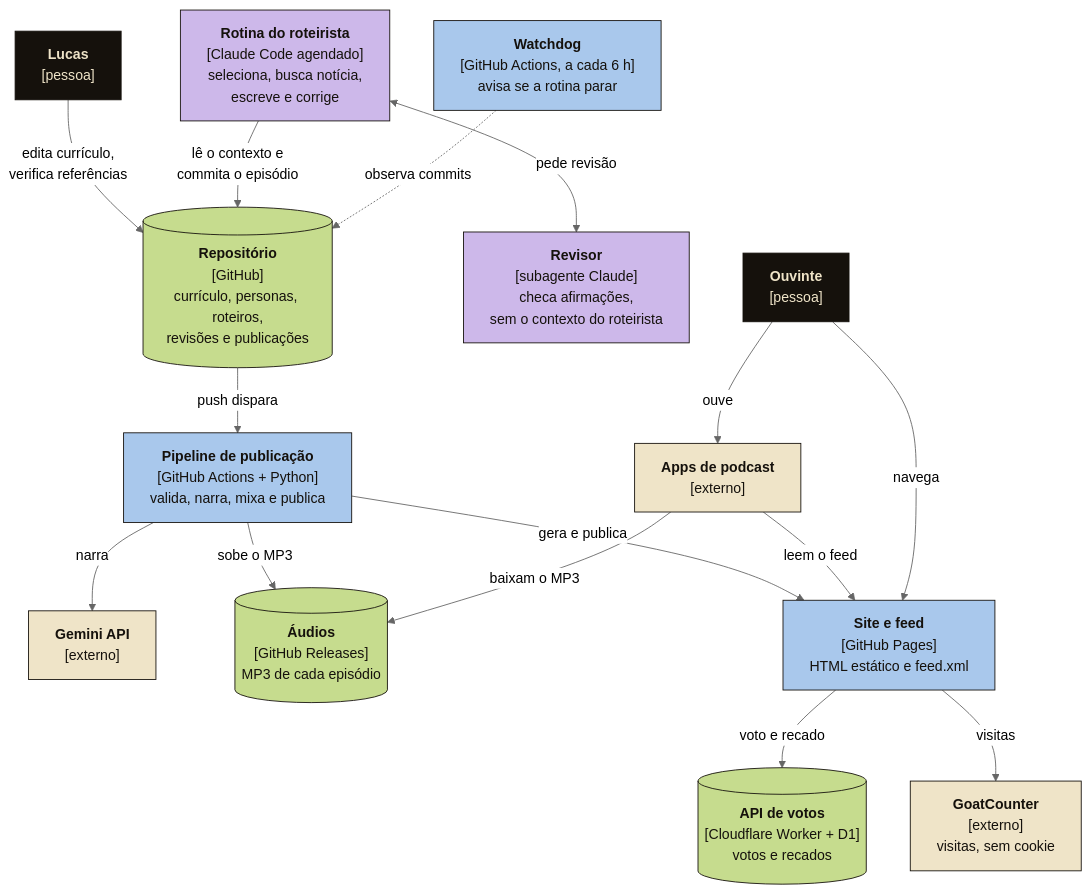
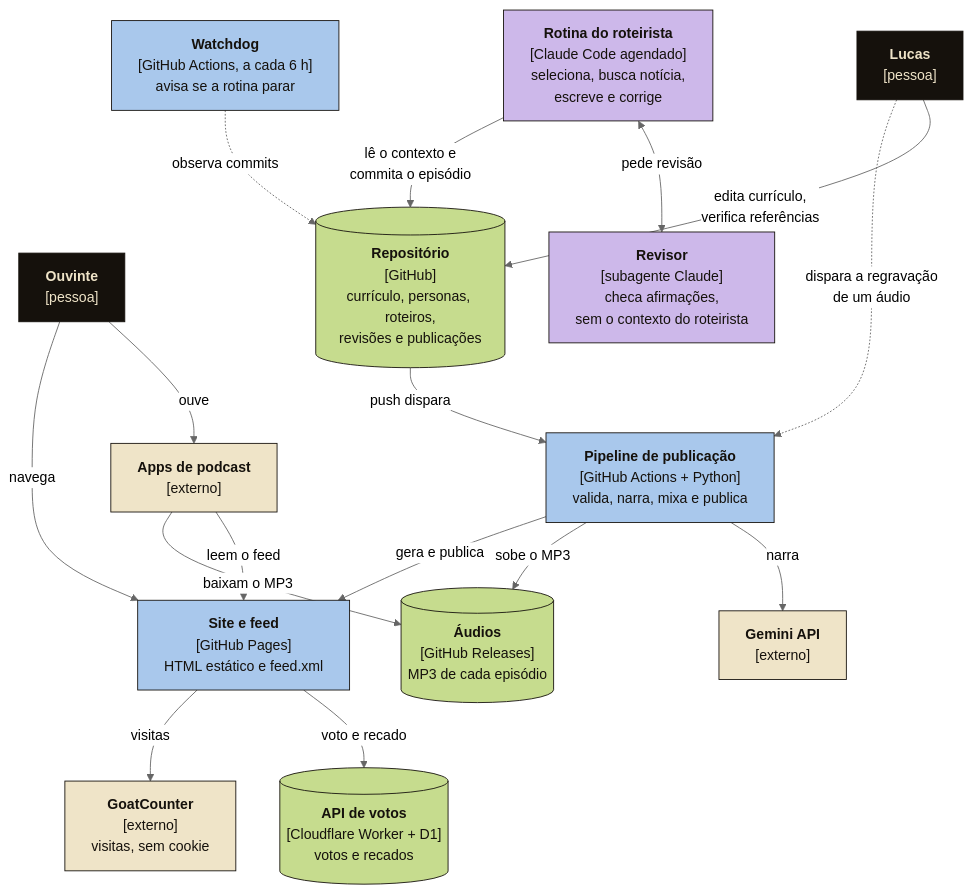
Before and after one commit to lucas-jdev/pebacast: the second of 2 diagrams in docs/c4-negocio.md, drawn with Mermaid (neutral theme). The commit also changed other lines of this file and 7 other files, not shown here.

First line of the commit message:
Adiciona a regravação do áudio em dois passos (#17)

````diff
--- a/docs/c4-negocio.md
+++ b/docs/c4-negocio.md
@@ -44,42 +44,43 @@
 ```mermaid
 flowchart TB
     classDef pessoa fill:#15110c,stroke:#15110c,color:#efe4c8
     classDef ia fill:#cdb8ea,stroke:#15110c,color:#15110c
     classDef conteiner fill:#a9c8ec,stroke:#15110c,color:#15110c
     classDef dados fill:#c6dc8e,stroke:#15110c,color:#15110c
     classDef externo fill:#efe4c8,stroke:#15110c,color:#15110c
 
     lucas["<b>Lucas</b><br/>[pessoa]"]:::pessoa
     ouvinte["<b>Ouvinte</b><br/>[pessoa]"]:::pessoa
 
     revisor["<b>Revisor</b><br/>[subagente Claude]<br/>checa afirmações,<br/>sem o contexto do roteirista"]:::ia
     rotina["<b>Rotina do roteirista</b><br/>[Claude Code agendado]<br/>seleciona, busca notícia,<br/>escreve e corrige"]:::ia
     watchdog["<b>Watchdog</b><br/>[GitHub Actions, a cada 6 h]<br/>avisa se a rotina parar"]:::conteiner
 
     repo[("<b>Repositório</b><br/>[GitHub]<br/>currículo, personas, roteiros,<br/>revisões e publicações")]:::dados
 
     pipeline["<b>Pipeline de publicação</b><br/>[GitHub Actions + Python]<br/>valida, narra, mixa e publica"]:::conteiner
     gemini["<b>Gemini API</b><br/>[externo]"]:::externo
 
     audio[("<b>Áudios</b><br/>[GitHub Releases]<br/>MP3 de cada episódio")]:::dados
     site["<b>Site e feed</b><br/>[GitHub Pages]<br/>HTML estático e feed.xml"]:::conteiner
     votos[("<b>API de votos</b><br/>[Cloudflare Worker + D1]<br/>votos e recados")]:::dados
 
     apps["<b>Apps de podcast</b><br/>[externo]"]:::externo
     goat["<b>GoatCounter</b><br/>[externo]<br/>visitas, sem cookie"]:::externo
 
     lucas -- "edita currículo,<br/>verifica referências" --> repo
     rotina <-- "pede revisão" --> revisor
     rotina -- "lê o contexto e<br/>commita o episódio" --> repo
     watchdog -. "observa commits" .-> repo
     repo -- "push dispara" --> pipeline
+    lucas -. "dispara a regravação<br/>de um áudio" .-> pipeline
     pipeline -- "narra" --> gemini
     pipeline -- "sobe o MP3" --> audio
     pipeline -- "gera e publica" --> site
     site -- "voto e recado" --> votos
     site -- "visitas" --> goat
     apps -- "leem o feed" --> site
     apps -- "baixam o MP3" --> audio
     ouvinte -- "ouve" --> apps
     ouvinte -- "navega" --> site
 ```
````
